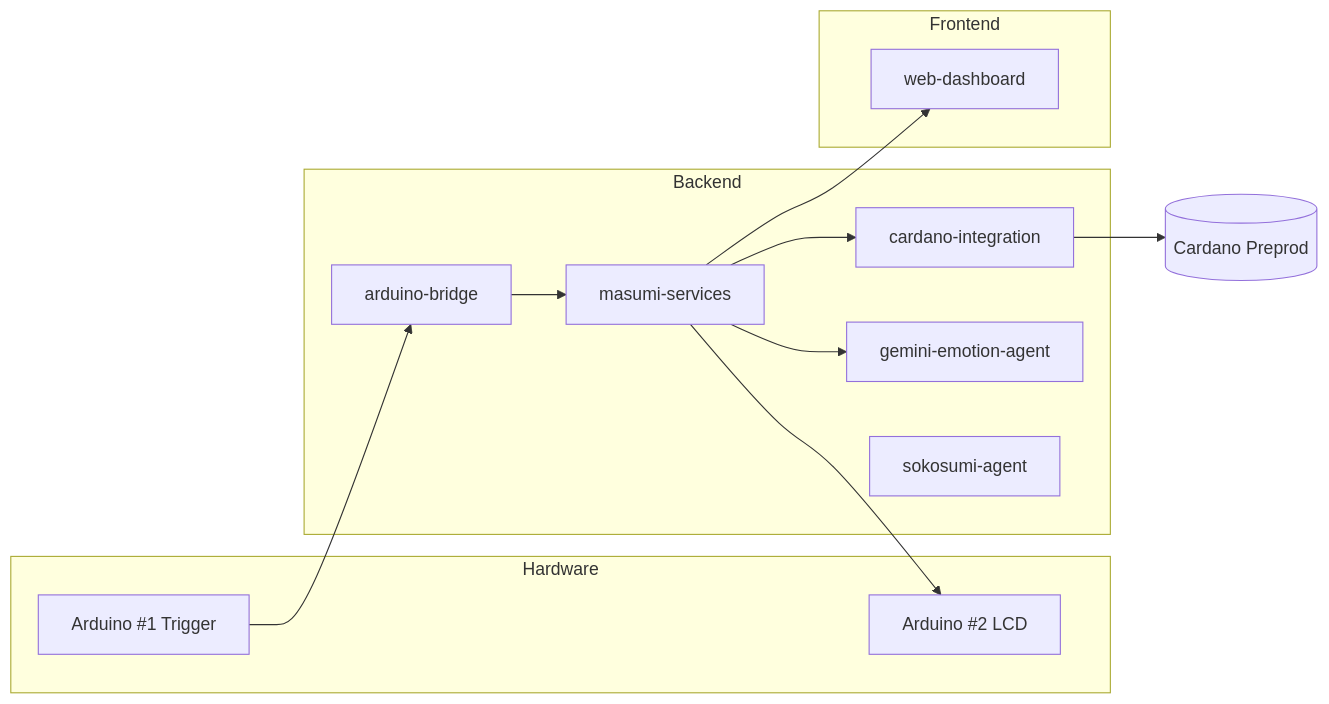
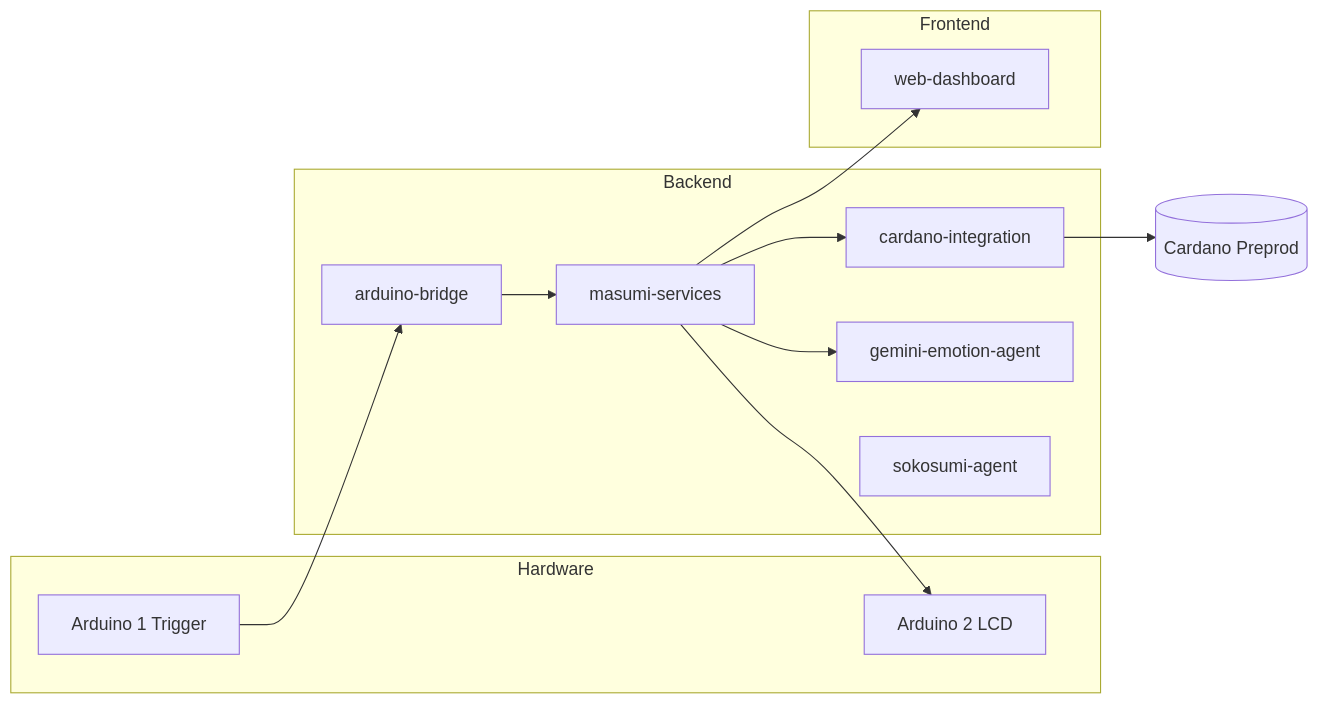
Before and after one commit to DhanushKenkiri/IndiaCodexHackathon--25-Submission: the third of 3 diagrams in arduino-brisumi-satoshi-real-system/README.md, drawn with Mermaid. The commit also changed other lines of this file, not shown here.

````diff
--- a/arduino-brisumi-satoshi-real-system/README.md
+++ b/arduino-brisumi-satoshi-real-system/README.md
@@ -242,24 +130,24 @@
 ```mermaid
 graph LR
     subgraph Hardware
-      A1[Arduino #1 Trigger]
-      A2[Arduino #2 LCD]
+      A1[Arduino 1 Trigger]
+      A2[Arduino 2 LCD]
     end
     subgraph Backend
       B1[arduino-bridge]
       B2[masumi-services]
       B3[cardano-integration]
       B4[gemini-emotion-agent]
       B5[sokosumi-agent]
     end
     subgraph Frontend
       F1[web-dashboard]
     end
     A1-->B1
     B1-->B2
     B2-->B4
     B2-->B3
     B2-->F1
     B2-->A2
     B3-->C1[(Cardano Preprod)]
 ```
````
